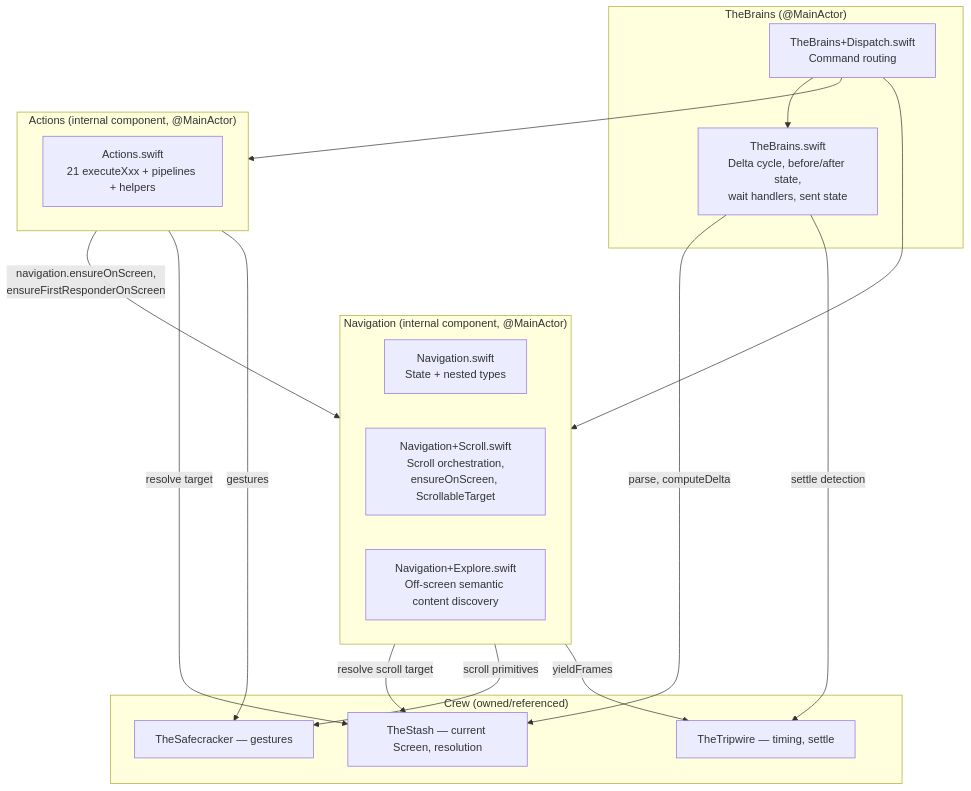
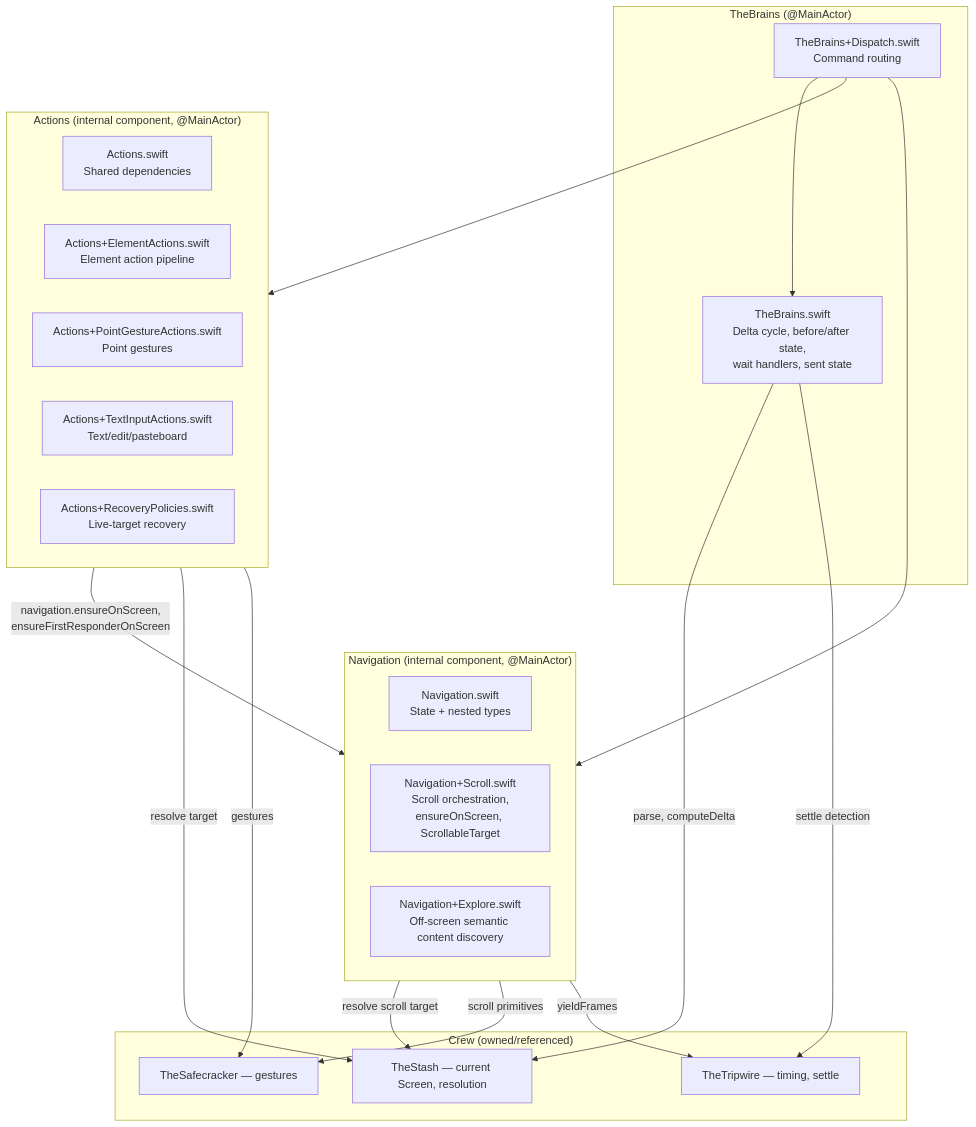
The first of 3 diagrams in docs/dossiers/13-THEBRAINS.md (RoyalPineapple/TheButtonHeist), drawn with Mermaid before and after one commit. The commit also changed other lines of this file and 10 other files, not shown here.

````diff
--- a/docs/dossiers/13-THEBRAINS.md
+++ b/docs/dossiers/13-THEBRAINS.md
@@ -35,35 +35,39 @@
 ```mermaid
 graph TD
     subgraph TheBrains["TheBrains (@MainActor)"]
         Dispatch["TheBrains+Dispatch.swift<br/>Command routing"]
         Core["TheBrains.swift<br/>Delta cycle, before/after state,<br/>wait handlers, sent state"]
     end
 
     subgraph Navigation["Navigation (internal component, @MainActor)"]
         NavCore["Navigation.swift<br/>State + nested types"]
         NavScroll["Navigation+Scroll.swift<br/>Scroll orchestration,<br/>ensureOnScreen, ScrollableTarget"]
         NavExplore["Navigation+Explore.swift<br/>Off-screen semantic content discovery"]
     end
 
     subgraph Actions["Actions (internal component, @MainActor)"]
-        ActCore["Actions.swift<br/>21 executeXxx + pipelines + helpers"]
+        ActCore["Actions.swift<br/>Shared dependencies"]
+        ActElement["Actions+ElementActions.swift<br/>Element action pipeline"]
+        ActPoint["Actions+PointGestureActions.swift<br/>Point gestures"]
+        ActText["Actions+TextInputActions.swift<br/>Text/edit/pasteboard"]
+        ActRecovery["Actions+RecoveryPolicies.swift<br/>Live-target recovery"]
     end
 
     subgraph Crew["Crew (owned/referenced)"]
         Stash["TheStash — current Screen, resolution"]
         Safecracker["TheSafecracker — gestures"]
         Tripwire["TheTripwire — timing, settle"]
     end
 
     Dispatch --> Actions
     Dispatch --> Navigation
     Dispatch --> Core
     Actions -->|"navigation.ensureOnScreen,<br/>ensureFirstResponderOnScreen"| Navigation
     Actions -->|"resolve target"| Stash
     Actions -->|"gestures"| Safecracker
     Navigation -->|"resolve scroll target"| Stash
     Navigation -->|"scroll primitives"| Safecracker
     Navigation -->|"yieldFrames"| Tripwire
     Core -->|"parse, computeDelta"| Stash
     Core -->|"settle detection"| Tripwire
 ```
````
